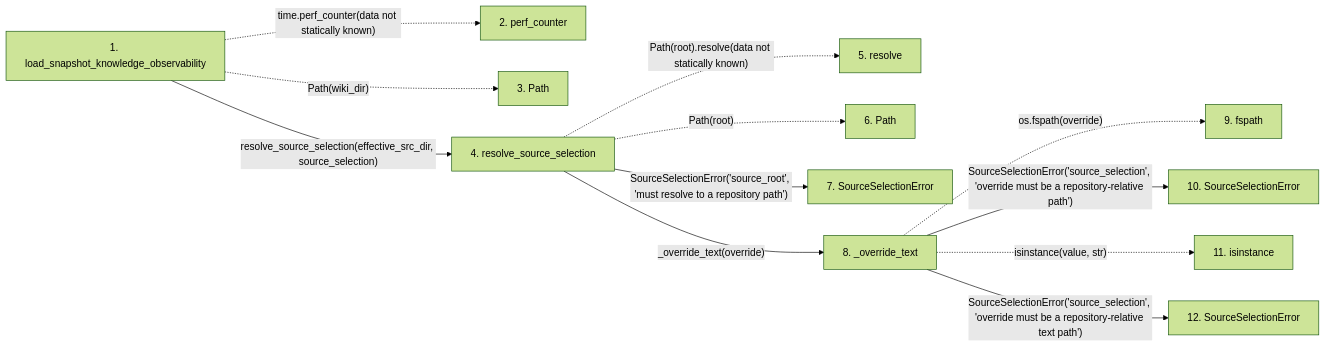
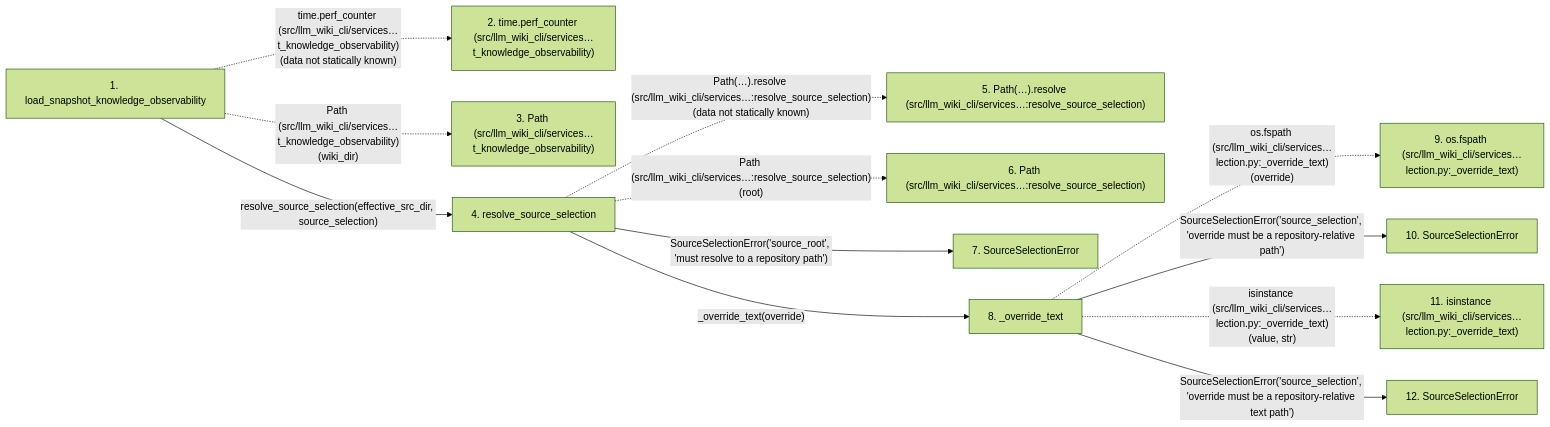
The second of 2 diagrams in docs/llm_wiki/flows/api-load_snapshot_knowledge_observability.md (Denissvgn/python-wiki-llm), drawn with Mermaid (forest theme) before and after one commit. The commit also changed other lines of this file and 719 other files, not shown here.

````diff
--- a/docs/llm_wiki/flows/api-load_snapshot_knowledge_observability.md
+++ b/docs/llm_wiki/flows/api-load_snapshot_knowledge_observability.md
@@ -101,32 +104,32 @@
 ```mermaid
 flowchart LR
     s1["1. load_snapshot_knowledge_observability"]
-    s2["2. perf_counter"]
-    s3["3. Path"]
+    s2["2. time.perf_counter (src/llm_wiki_cli/services…t_knowledge_observability)"]
+    s3["3. Path (src/llm_wiki_cli/services…t_knowledge_observability)"]
     s4["4. resolve_source_selection"]
-    s5["5. resolve"]
-    s6["6. Path"]
+    s5["5. Path(…).resolve (src/llm_wiki_cli/services…:resolve_source_selection)"]
+    s6["6. Path (src/llm_wiki_cli/services…:resolve_source_selection)"]
     s7["7. SourceSelectionError"]
     s8["8. _override_text"]
-    s9["9. fspath"]
+    s9["9. os.fspath (src/llm_wiki_cli/services…lection.py:_override_text)"]
     s10["10. SourceSelectionError"]
-    s11["11. isinstance"]
+    s11["11. isinstance (src/llm_wiki_cli/services…lection.py:_override_text)"]
     s12["12. SourceSelectionError"]
-    s1 -. "time.perf_counter(data not statically known)" .-> s2
-    s1 -. "Path(wiki_dir)" .-> s3
+    s1 -. "time.perf_counter (src/llm_wiki_cli/services…t_knowledge_observability)(data not statically known)" .-> s2
+    s1 -. "Path (src/llm_wiki_cli/services…t_knowledge_observability)(wiki_dir)" .-> s3
     s1 -->|"resolve_source_selection(effective_src_dir, source_selection)"| s4
-    s4 -. "Path(root).resolve(data not statically known)" .-> s5
-    s4 -. "Path(root)" .-> s6
+    s4 -. "Path(…).resolve (src/llm_wiki_cli/services…:resolve_source_selection)(data not statically known)" .-> s5
+    s4 -. "Path (src/llm_wiki_cli/services…:resolve_source_selection)(root)" .-> s6
     s4 -->|"SourceSelectionError('source_root', 'must resolve to a repository path')"| s7
     s4 -->|"_override_text(override)"| s8
-    s8 -. "os.fspath(override)" .-> s9
+    s8 -. "os.fspath (src/llm_wiki_cli/services…lection.py:_override_text)(override)" .-> s9
     s8 -->|"SourceSelectionError('source_selection', 'override must be a repository-relative path')"| s10
-    s8 -. "isinstance(value, str)" .-> s11
+    s8 -. "isinstance (src/llm_wiki_cli/services…lection.py:_override_text)(value, str)" .-> s11
     s8 -->|"SourceSelectionError('source_selection', 'override must be a repository-relative text path')"| s12
     click s1 "../modules/knowledge_observability.md"
     click s4 "../modules/source_selection.md"
     click s7 "../modules/source_selection.md"
     click s8 "../modules/source_selection.md"
     click s10 "../modules/source_selection.md"
     click s12 "../modules/source_selection.md"
 ```
````
